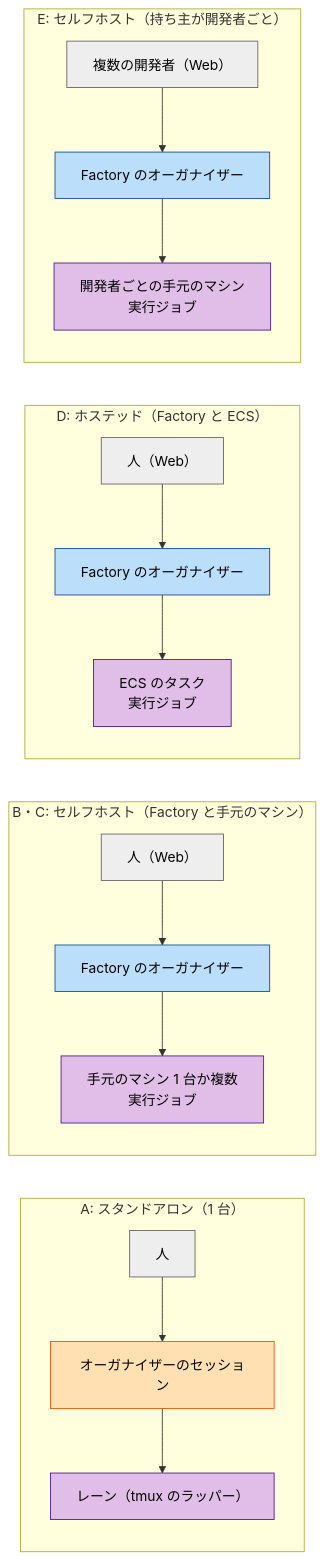
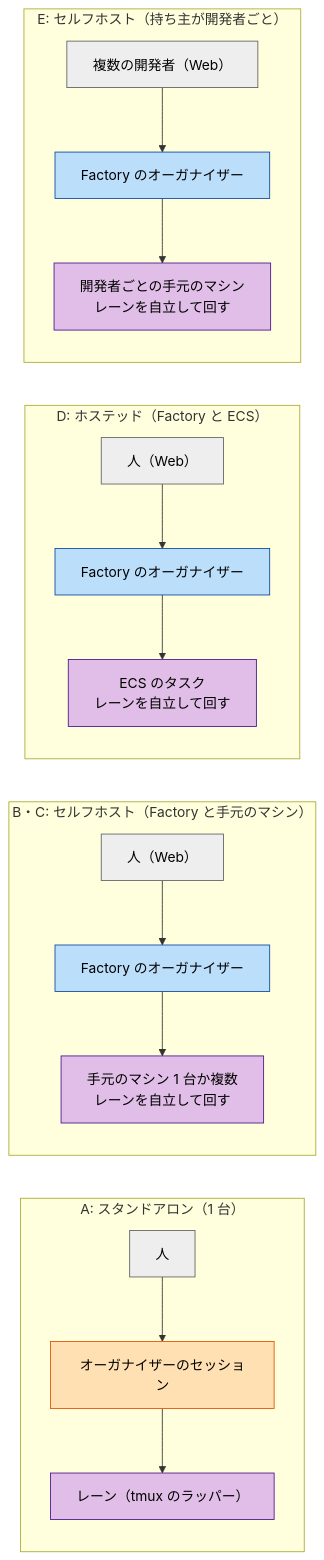
One commit to devbasex/ai-plugins changed the fourth of 4 diagrams in docs/ndf-parallel-model.md. Above: the diagram before and after it, drawn with Mermaid. The commit also changed other lines of this file, not shown here.

First line of the commit message:
Docs: Factory でもサービスはレーン単位でコンテナへ指示し、コンテナがレーンを自立して回す

````diff
--- a/docs/ndf-parallel-model.md
+++ b/docs/ndf-parallel-model.md
@@ -172,23 +172,23 @@
 ```mermaid
 flowchart LR
     subgraph A["A: スタンドアロン（1 台）"]
         A1["人"] --> A2["オーガナイザーのセッション"] --> A3["レーン（tmux のラッパー）"]
     end
     subgraph B["B・C: セルフホスト（Factory と手元のマシン）"]
-        B1["人（Web）"] --> B2["Factory のオーガナイザー"] --> B3["手元のマシン 1 台か複数<br/>実行ジョブ"]
+        B1["人（Web）"] --> B2["Factory のオーガナイザー"] --> B3["手元のマシン 1 台か複数<br/>レーンを自立して回す"]
     end
     subgraph D["D: ホステッド（Factory と ECS）"]
-        D1["人（Web）"] --> D2["Factory のオーガナイザー"] --> D3["ECS のタスク<br/>実行ジョブ"]
+        D1["人（Web）"] --> D2["Factory のオーガナイザー"] --> D3["ECS のタスク<br/>レーンを自立して回す"]
     end
     subgraph E["E: セルフホスト（持ち主が開発者ごと）"]
-        E1["複数の開発者（Web）"] --> E2["Factory のオーガナイザー"] --> E3["開発者ごとの手元のマシン<br/>実行ジョブ"]
+        E1["複数の開発者（Web）"] --> E2["Factory のオーガナイザー"] --> E3["開発者ごとの手元のマシン<br/>レーンを自立して回す"]
     end
     classDef ai fill:#ffe0b2,stroke:#e65100,color:#000
     classDef script fill:#bbdefb,stroke:#0d47a1,color:#000
     classDef mixed fill:#e1bee7,stroke:#4a148c,color:#000
     classDef other fill:#eeeeee,stroke:#616161,color:#000
     class A2 ai
     class B2,D2,E2 script
     class A3,B3,D3,E3 mixed
     class A1,B1,D1,E1 other
 ```
````
